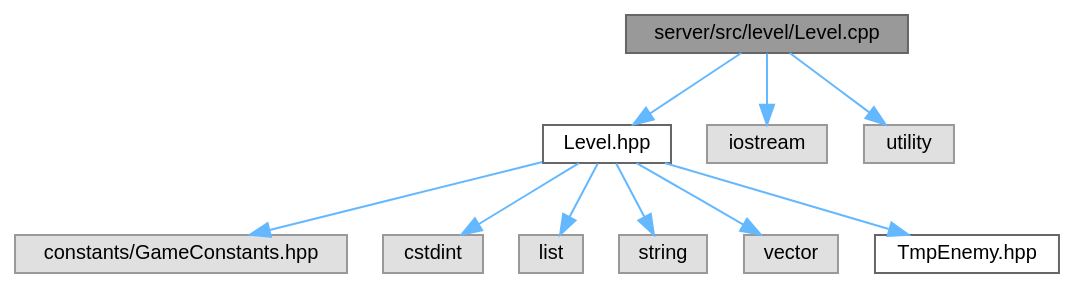
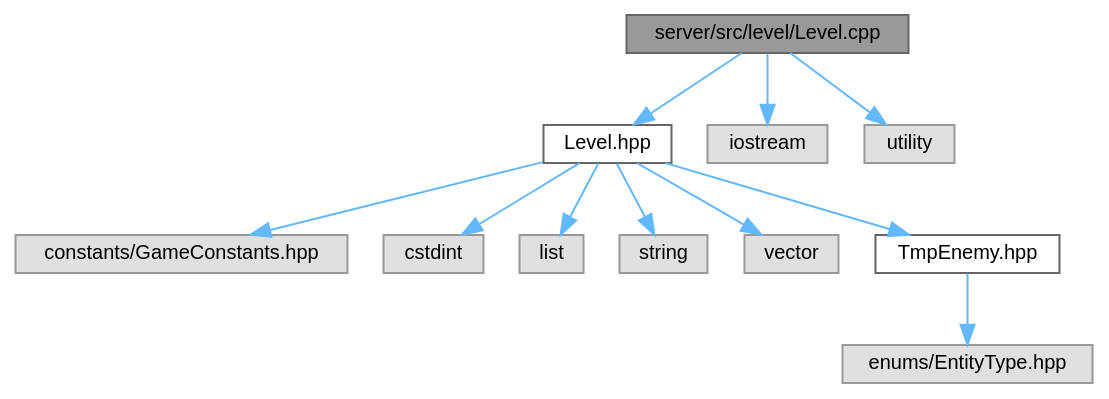
The diagram in Level_8cpp__incl.dot (Houpsi/R-Type), drawn with Graphviz before and after one commit. The commit also changed 216 other files, not shown here.

```diff
--- a/Level_8cpp__incl.dot
+++ b/Level_8cpp__incl.dot
@@ -1,26 +1,28 @@
 digraph "server/src/level/Level.cpp"
 {
  // LATEX_PDF_SIZE
   bgcolor="transparent";
   edge [fontname=Helvetica,fontsize=10,labelfontname=Helvetica,labelfontsize=10];
   node [fontname=Helvetica,fontsize=10,shape=box,height=0.2,width=0.4];
   Node1 [id="Node000001",label="server/src/level/Level.cpp",height=0.2,width=0.4,color="gray40", fillcolor="grey60", style="filled", fontcolor="black",tooltip=" "];
   Node1 -> Node2 [id="edge1_Node000001_Node000002",color="steelblue1",style="solid",tooltip=" "];
   Node2 [id="Node000002",label="Level.hpp",height=0.2,width=0.4,color="grey40", fillcolor="white", style="filled",URL="$Level_8hpp.html",tooltip=" "];
   Node2 -> Node3 [id="edge2_Node000002_Node000003",color="steelblue1",style="solid",tooltip=" "];
   Node3 [id="Node000003",label="constants/GameConstants.hpp",height=0.2,width=0.4,color="grey60", fillcolor="#E0E0E0", style="filled",tooltip=" "];
   Node2 -> Node4 [id="edge3_Node000002_Node000004",color="steelblue1",style="solid",tooltip=" "];
   Node4 [id="Node000004",label="cstdint",height=0.2,width=0.4,color="grey60", fillcolor="#E0E0E0", style="filled",tooltip=" "];
   Node2 -> Node5 [id="edge4_Node000002_Node000005",color="steelblue1",style="solid",tooltip=" "];
   Node5 [id="Node000005",label="list",height=0.2,width=0.4,color="grey60", fillcolor="#E0E0E0", style="filled",tooltip=" "];
   Node2 -> Node6 [id="edge5_Node000002_Node000006",color="steelblue1",style="solid",tooltip=" "];
   Node6 [id="Node000006",label="string",height=0.2,width=0.4,color="grey60", fillcolor="#E0E0E0", style="filled",tooltip=" "];
   Node2 -> Node7 [id="edge6_Node000002_Node000007",color="steelblue1",style="solid",tooltip=" "];
   Node7 [id="Node000007",label="vector",height=0.2,width=0.4,color="grey60", fillcolor="#E0E0E0", style="filled",tooltip=" "];
   Node2 -> Node8 [id="edge7_Node000002_Node000008",color="steelblue1",style="solid",tooltip=" "];
   Node8 [id="Node000008",label="TmpEnemy.hpp",height=0.2,width=0.4,color="grey40", fillcolor="white", style="filled",URL="$TmpEnemy_8hpp.html",tooltip=" "];
-  Node1 -> Node9 [id="edge8_Node000001_Node000009",color="steelblue1",style="solid",tooltip=" "];
-  Node9 [id="Node000009",label="iostream",height=0.2,width=0.4,color="grey60", fillcolor="#E0E0E0", style="filled",tooltip=" "];
+  Node8 -> Node9 [id="edge8_Node000008_Node000009",color="steelblue1",style="solid",tooltip=" "];
+  Node9 [id="Node000009",label="enums/EntityType.hpp",height=0.2,width=0.4,color="grey60", fillcolor="#E0E0E0", style="filled",tooltip=" "];
   Node1 -> Node10 [id="edge9_Node000001_Node000010",color="steelblue1",style="solid",tooltip=" "];
-  Node10 [id="Node000010",label="utility",height=0.2,width=0.4,color="grey60", fillcolor="#E0E0E0", style="filled",tooltip=" "];
+  Node10 [id="Node000010",label="iostream",height=0.2,width=0.4,color="grey60", fillcolor="#E0E0E0", style="filled",tooltip=" "];
+  Node1 -> Node11 [id="edge10_Node000001_Node000011",color="steelblue1",style="solid",tooltip=" "];
+  Node11 [id="Node000011",label="utility",height=0.2,width=0.4,color="grey60", fillcolor="#E0E0E0", style="filled",tooltip=" "];
 }
```
